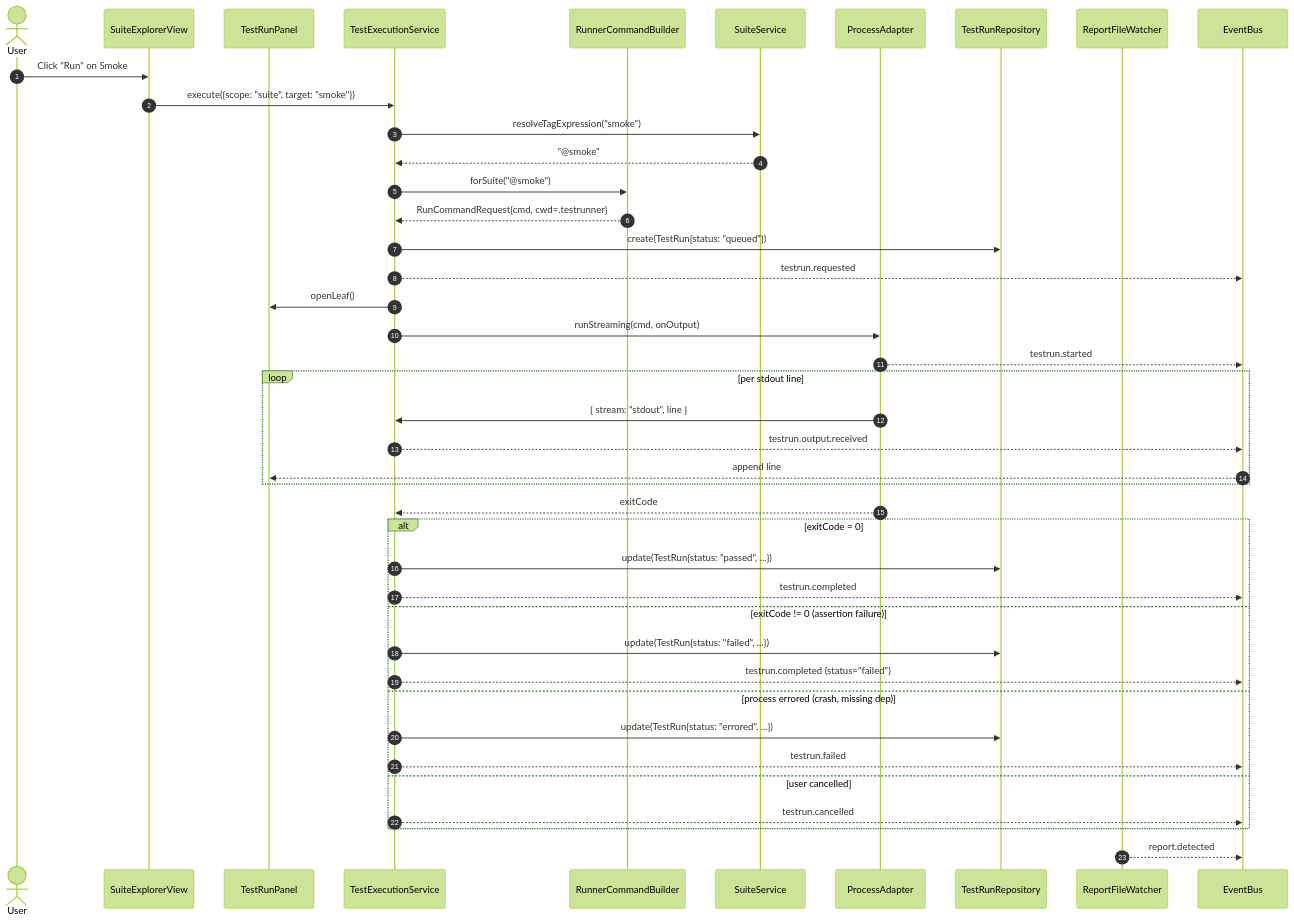
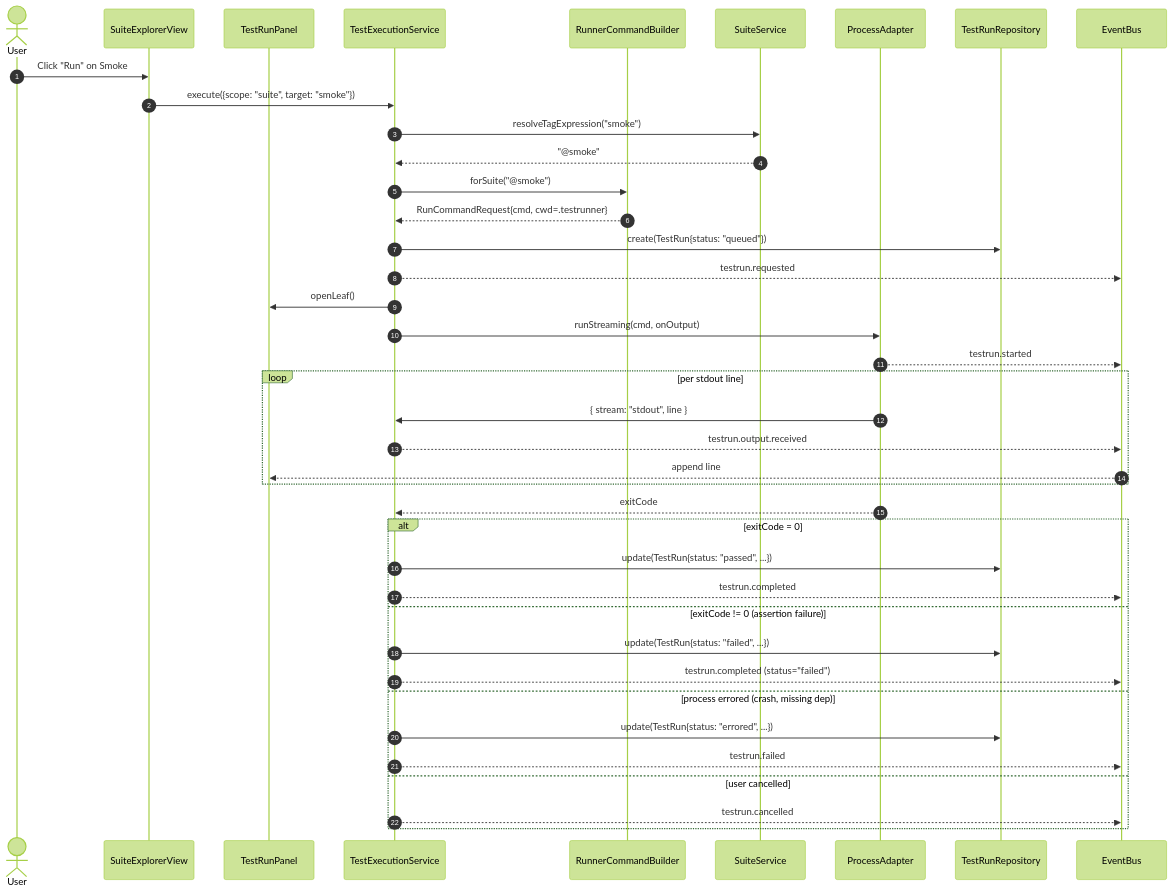
One commit to Luis85/specorator-testrunner changed the fifth of 8 diagrams in docs/architecture/Runtime View.md. Above: the diagram before and after it, drawn with Mermaid (forest theme). The commit also changed other lines of this file and 4 other files, not shown here.

````diff
--- a/docs/architecture/Runtime View.md
+++ b/docs/architecture/Runtime View.md
@@ -195,45 +195,43 @@
 ```mermaid
 sequenceDiagram
     autonumber
     actor U as User
     participant V as SuiteExplorerView
     participant Panel as TestRunPanel
     participant Exec as TestExecutionService
     participant Cmd as RunnerCommandBuilder
     participant Suite as SuiteService
     participant Proc as ProcessAdapter
     participant Repo as TestRunRepository
-    participant Watch as ReportFileWatcher
     participant Bus as EventBus
 
     U->>V: Click "Run" on Smoke
     V->>Exec: execute({scope: "suite", target: "smoke"})
     Exec->>Suite: resolveTagExpression("smoke")
     Suite-->>Exec: "@smoke"
     Exec->>Cmd: forSuite("@smoke")
     Cmd-->>Exec: RunCommandRequest{cmd, cwd=.testrunner}
     Exec->>Repo: create(TestRun{status: "queued"})
     Exec-->>Bus: testrun.requested
     Exec->>Panel: openLeaf()
     Exec->>Proc: runStreaming(cmd, onOutput)
     Proc-->>Bus: testrun.started
     loop per stdout line
         Proc->>Exec: { stream: "stdout", line }
         Exec-->>Bus: testrun.output.received
         Bus-->>Panel: append line
     end
     Proc-->>Exec: exitCode
     alt exitCode = 0
         Exec->>Repo: update(TestRun{status: "passed", ...})
         Exec-->>Bus: testrun.completed
     else exitCode != 0 (assertion failure)
         Exec->>Repo: update(TestRun{status: "failed", ...})
         Exec-->>Bus: testrun.completed (status="failed")
     else process errored (crash, missing dep)
         Exec->>Repo: update(TestRun{status: "errored", ...})
         Exec-->>Bus: testrun.failed
     else user cancelled
         Exec-->>Bus: testrun.cancelled
     end
-    Watch-->>Bus: report.detected
 ```
````
